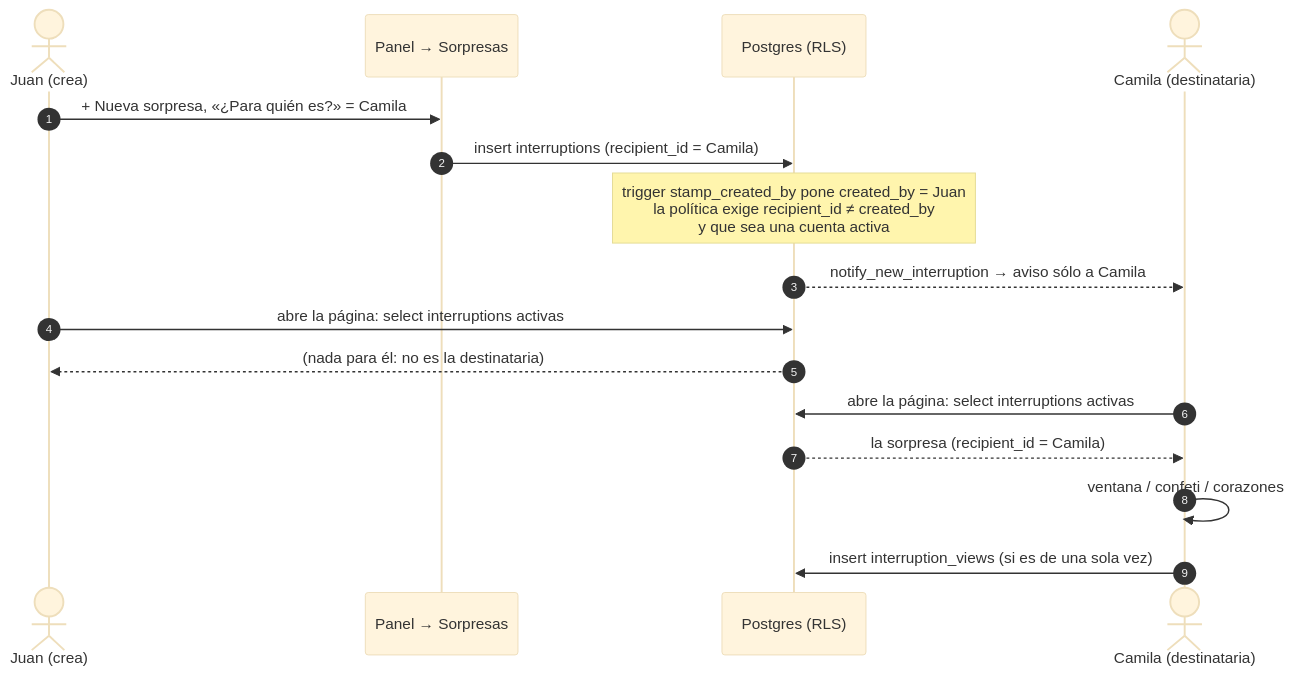
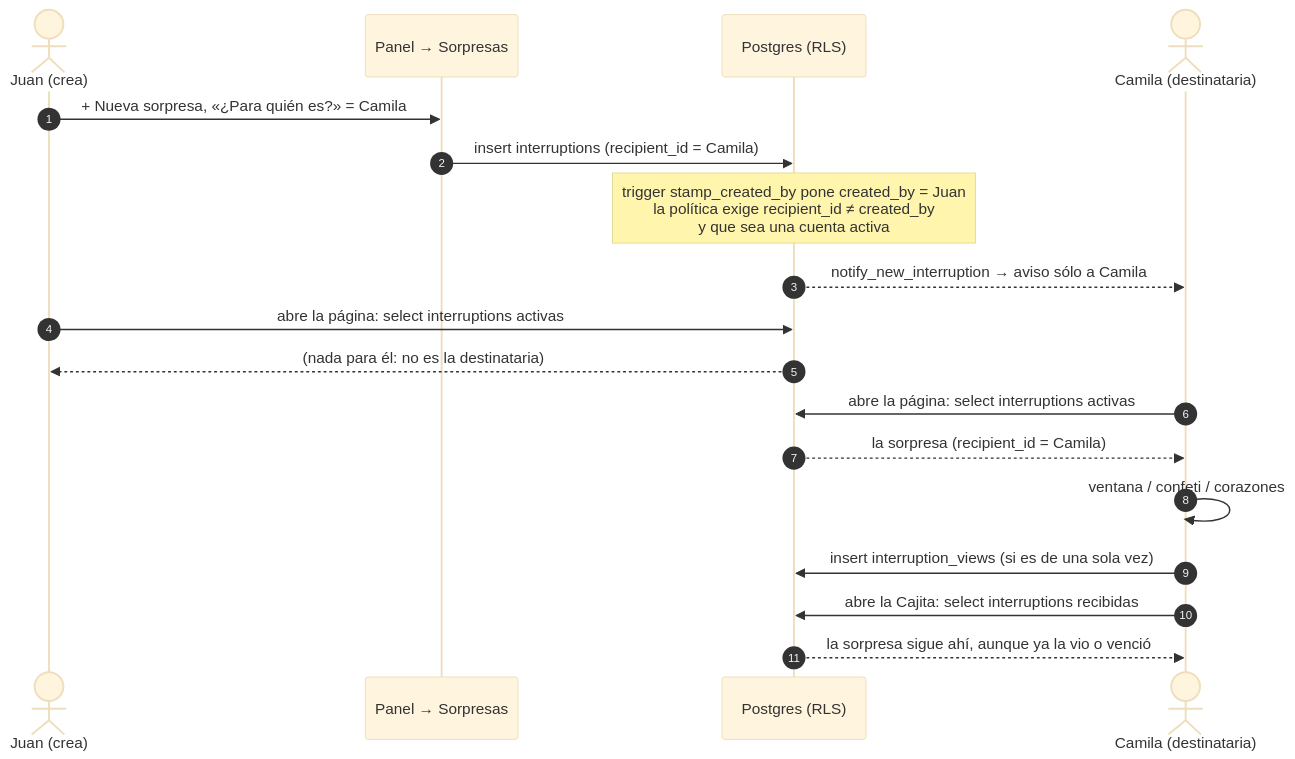
Before and after one commit to Juan-Carlos-Estevez-Vargas/Camila-Sanchez: diagram 25 of 53 in docs/DIAGRAMAS.md, drawn with Mermaid (base theme). The commit also changed other lines of this file and 3 other files, not shown here.

Commit message:
docs: sorpresas recibidas en la cajita, diagrama y README

````diff
--- a/docs/DIAGRAMAS.md
+++ b/docs/DIAGRAMAS.md
@@ -629,18 +629,20 @@
 ```mermaid
 sequenceDiagram
   autonumber
   actor J as Juan (crea)
   participant P as Panel → Sorpresas
   participant DB as Postgres (RLS)
   actor C as Camila (destinataria)
   J->>P: + Nueva sorpresa, «¿Para quién es?» = Camila
   P->>DB: insert interruptions (recipient_id = Camila)
   Note over DB: trigger stamp_created_by pone created_by = Juan<br/>la política exige recipient_id ≠ created_by<br/>y que sea una cuenta activa
   DB-->>C: notify_new_interruption → aviso sólo a Camila
   J->>DB: abre la página: select interruptions activas
   DB-->>J: (nada para él: no es la destinataria)
   C->>DB: abre la página: select interruptions activas
   DB-->>C: la sorpresa (recipient_id = Camila)
   C->>C: ventana / confeti / corazones
   C->>DB: insert interruption_views (si es de una sola vez)
+  C->>DB: abre la Cajita: select interruptions recibidas
+  DB-->>C: la sorpresa sigue ahí, aunque ya la vio o venció
 ```
````
